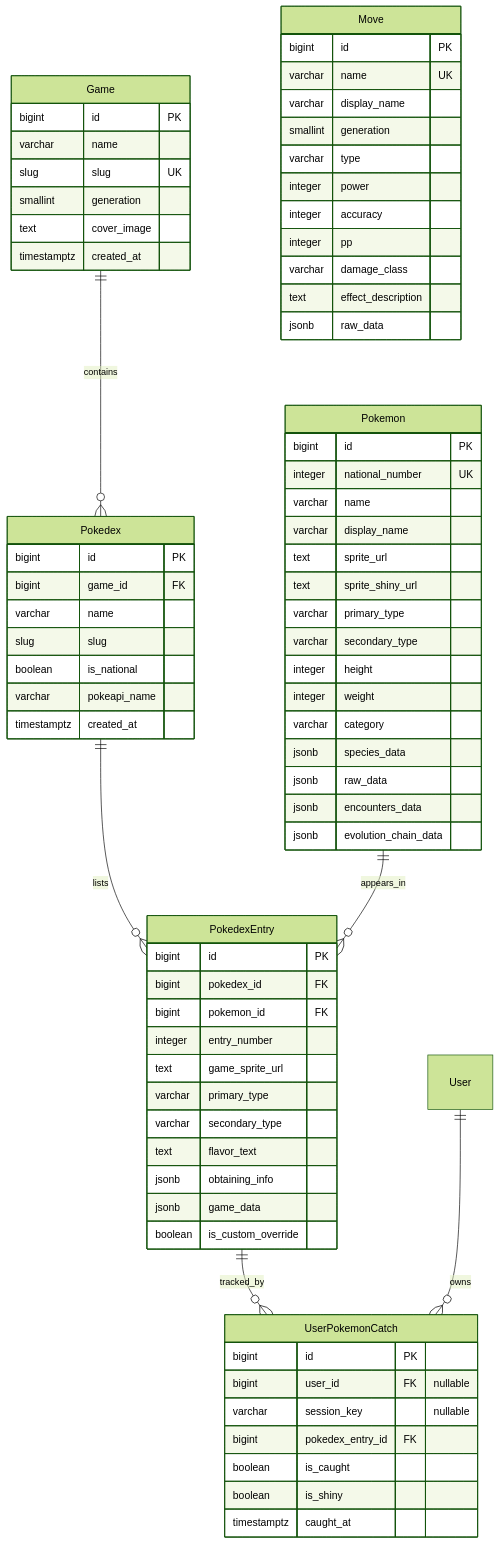
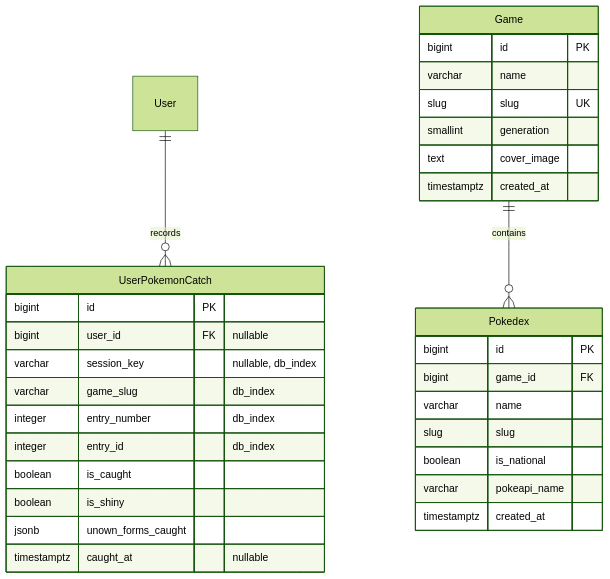
Before and after one commit to Gatozo/pokedexglobal: the diagram in docs/en/database-models.md, drawn with Mermaid (forest theme). The commit also changed other lines of this file and 31 other files, not shown here.

````diff
--- a/docs/en/database-models.md
+++ b/docs/en/database-models.md
@@ -5,10 +7,7 @@
 ```mermaid
 erDiagram
+    User ||--o{ UserPokemonCatch : "records"
     Game ||--o{ Pokedex : "contains"
-    Pokedex ||--o{ PokedexEntry : "lists"
-    Pokemon ||--o{ PokedexEntry : "appears_in"
-    PokedexEntry ||--o{ UserPokemonCatch : "tracked_by"
-    User ||--o{ UserPokemonCatch : "owns"
 
     Game {
         bigint id PK
@@ -29,59 +28,16 @@
         timestamptz created_at
     }
 
-    Pokemon {
-        bigint id PK
-        integer national_number UK
-        varchar name
-        varchar display_name
-        text sprite_url
-        text sprite_shiny_url
-        varchar primary_type
-        varchar secondary_type
-        integer height
-        integer weight
-        varchar category
-        jsonb species_data
-        jsonb raw_data
-        jsonb encounters_data
-        jsonb evolution_chain_data
-    }
-
-    PokedexEntry {
-        bigint id PK
-        bigint pokedex_id FK
-        bigint pokemon_id FK
-        integer entry_number
-        text game_sprite_url
-        varchar primary_type
-        varchar secondary_type
-        text flavor_text
-        jsonb obtaining_info
-        jsonb game_data
-        boolean is_custom_override
-    }
-
     UserPokemonCatch {
         bigint id PK
         bigint user_id FK "nullable"
-        varchar session_key "nullable"
-        bigint pokedex_entry_id FK
+        varchar session_key "nullable, db_index"
+        varchar game_slug "db_index"
+        integer entry_number "db_index"
+        integer entry_id "db_index"
         boolean is_caught
         boolean is_shiny
-        timestamptz caught_at
-    }
-
-    Move {
-        bigint id PK
-        varchar name UK
-        varchar display_name
-        smallint generation
-        varchar type
-        integer power
-        integer accuracy
-        integer pp
-        varchar damage_class
-        text effect_description
-        jsonb raw_data
+        jsonb unown_forms_caught
+        timestamptz caught_at "nullable"
     }
 ```
````
